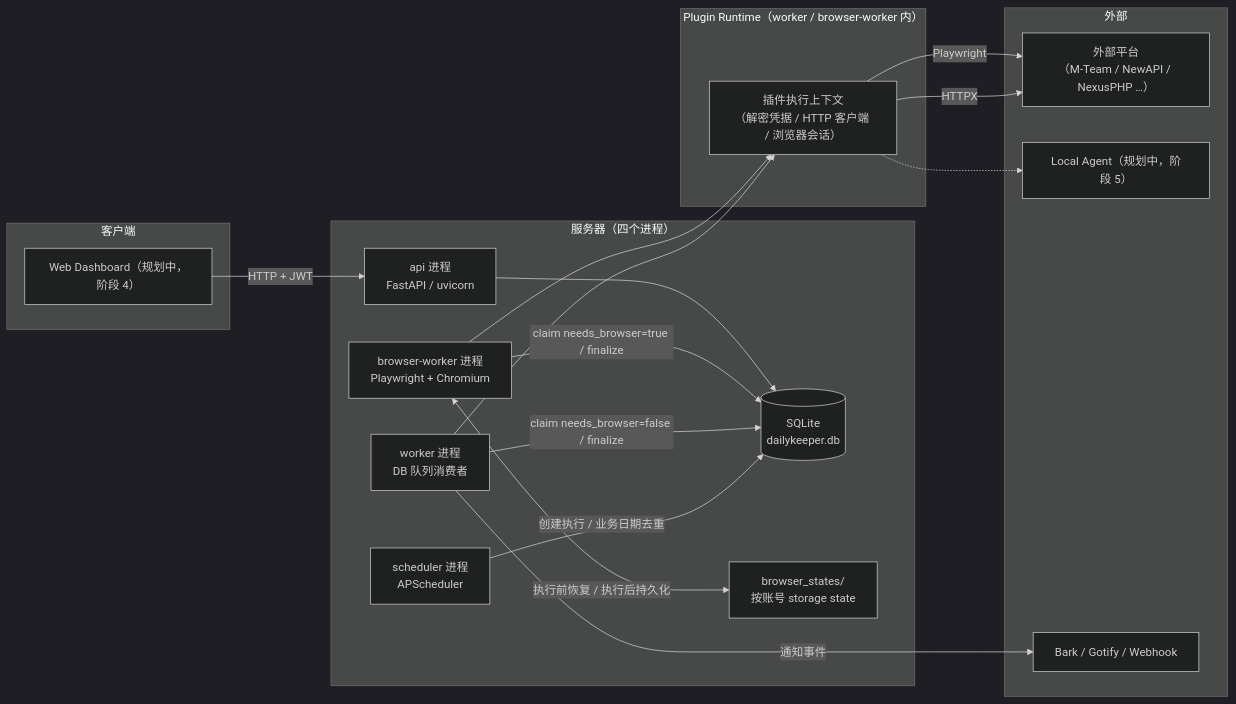
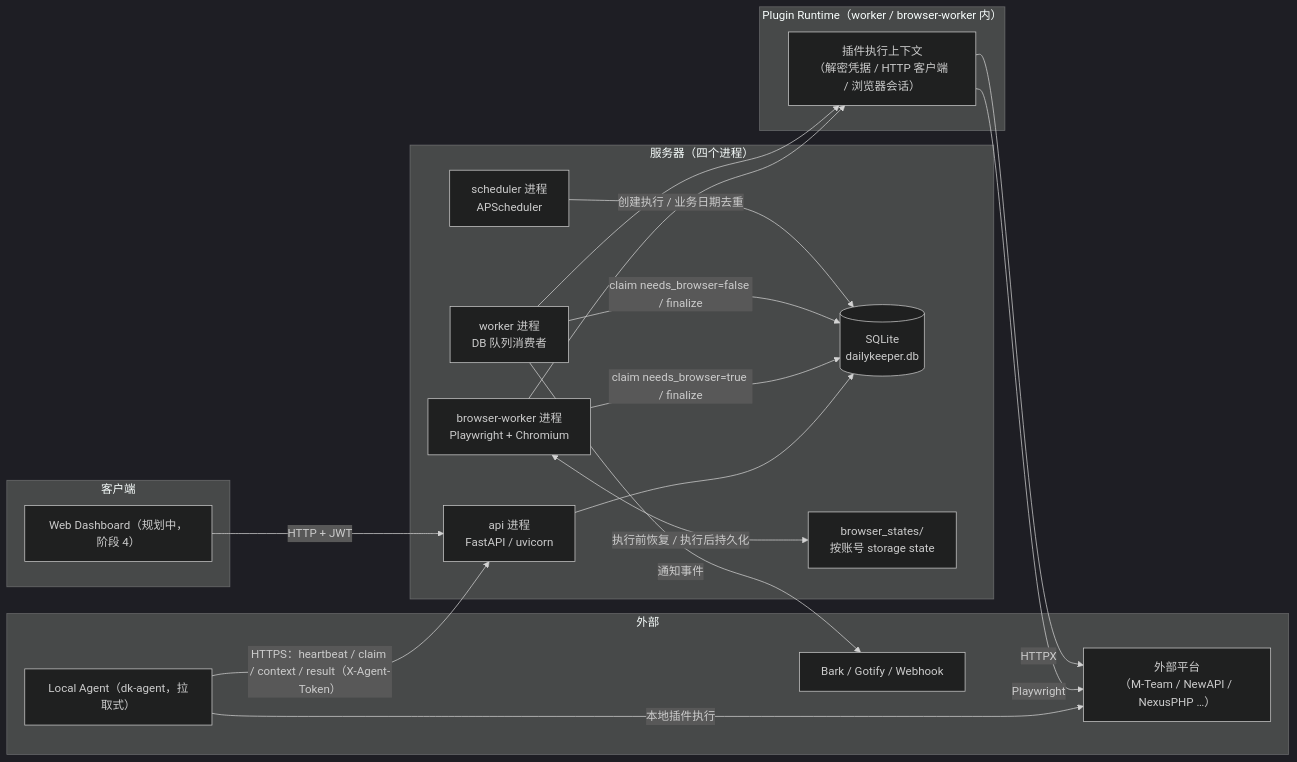
One commit to ahao430/DailyKeeper changed the second of 2 diagrams in docs/ARCHITECTURE.md. Above: the diagram before and after it, drawn with Mermaid (dark theme). The commit also changed other lines of this file and 27 other files, not shown here.

````diff
--- a/docs/ARCHITECTURE.md
+++ b/docs/ARCHITECTURE.md
@@ -36,38 +66,39 @@
 ```mermaid
 flowchart LR
     subgraph client["客户端"]
         UI["Web Dashboard（规划中，阶段 4）"]
     end
 
     subgraph server["服务器（四个进程）"]
         API["api 进程\nFastAPI / uvicorn"]
         SCH["scheduler 进程\nAPScheduler"]
         WK["worker 进程\nDB 队列消费者"]
         BW["browser-worker 进程\nPlaywright + Chromium"]
         DB[("SQLite\ndailykeeper.db")]
         ST["browser_states/\n按账号 storage state"]
     end
 
     subgraph runtime["Plugin Runtime（worker / browser-worker 内）"]
         PR["插件执行上下文\n（解密凭据 / HTTP 客户端 / 浏览器会话）"]
     end
 
     subgraph ext["外部"]
         P1["外部平台\n（M-Team / NewAPI / NexusPHP …）"]
-        LA["Local Agent（规划中，阶段 5）"]
+        LA["Local Agent（dk-agent，拉取式）"]
         N["Bark / Gotify / Webhook"]
     end
 
     UI -->|HTTP + JWT| API
     SCH -->|创建执行 / 业务日期去重| DB
     WK -->|claim needs_browser=false / finalize| DB
     BW -->|claim needs_browser=true / finalize| DB
     API --> DB
     WK --> PR
     BW --> PR
     BW <-->|执行前恢复 / 执行后持久化| ST
     PR -->|HTTPX| P1
     PR -->|Playwright| P1
-    PR -.-> LA
+    LA -->|"HTTPS：heartbeat / claim / context / result（X-Agent-Token）"| API
+    LA -->|本地插件执行| P1
     WK -->|通知事件| N
 ```
````
